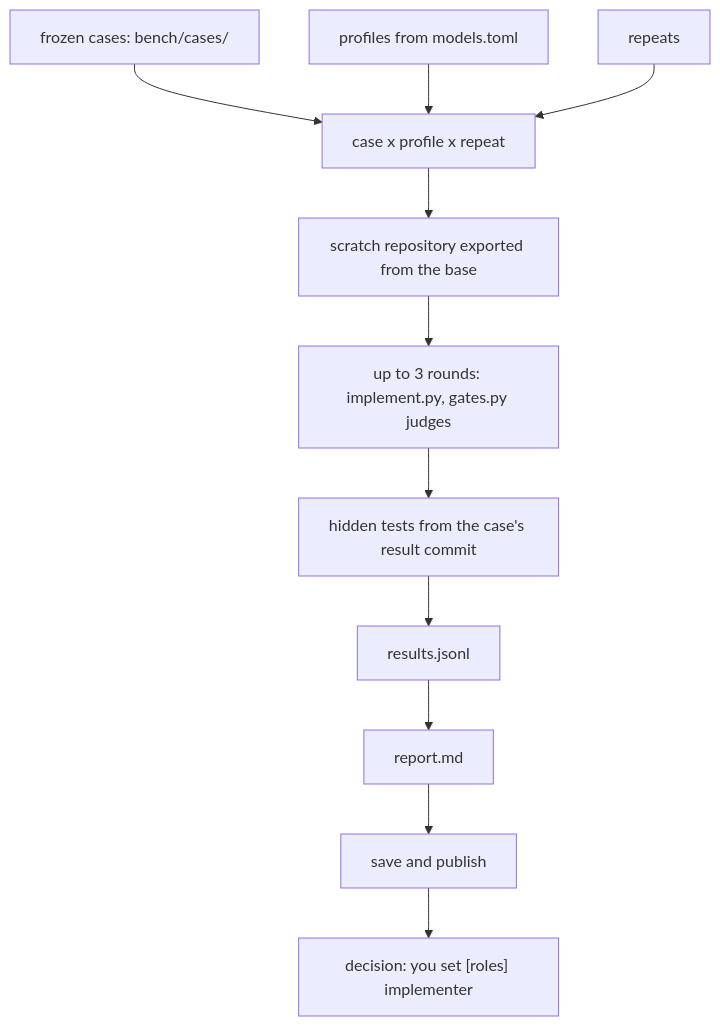
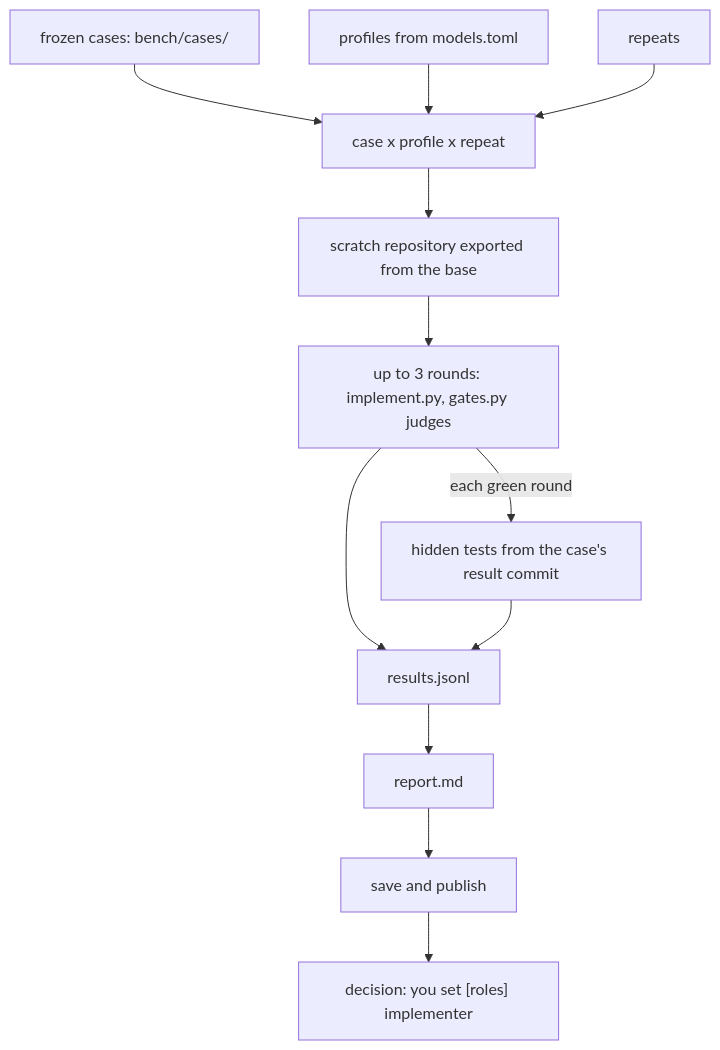
The diagram in docs/task-flow/benchmark.md (jakos/claude-baseline), drawn with Mermaid before and after one commit. The commit also changed other lines of this file and 12 other files, not shown here.

First line of the commit message:
feat(bench): add a repeatable benchmark protocol with per-round hidden probes

````diff
--- a/docs/task-flow/benchmark.md
+++ b/docs/task-flow/benchmark.md
@@ -38,24 +88,25 @@
 ```mermaid
 flowchart TD
   cases["frozen cases: bench/cases/"]
   profs["profiles from models.toml"]
   reps["repeats"]
   comb["case x profile x repeat"]
   scratch["scratch repository exported from the base"]
   rounds["up to 3 rounds: implement.py, gates.py judges"]
   hidden["hidden tests from the case's result commit"]
   results["results.jsonl"]
   report["report.md"]
   pub["save and publish"]
   decision["decision: you set [roles] implementer"]
   cases --> comb
   profs --> comb
   reps --> comb
   comb --> scratch
   scratch --> rounds
-  rounds --> hidden
+  rounds -->|each green round| hidden
+  rounds --> results
   hidden --> results
   results --> report
   report --> pub
   pub --> decision
 ```
````
